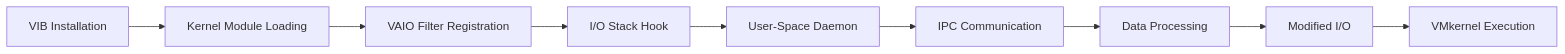
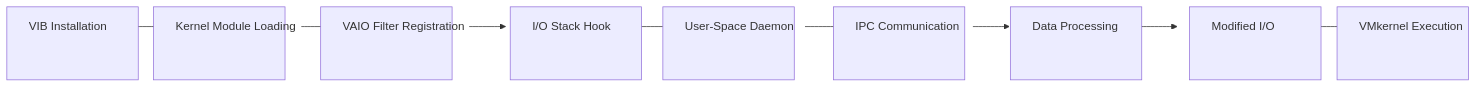
The fourth of 5 diagrams in _posts/2025-10-25-ESXi-Hypervisor-level-Attacks-and-Techniques.md (win64k/win64k.github.io), drawn with Mermaid before and after one commit. The commit also changed other lines of this file, not shown here.

````diff
--- a/_posts/2025-10-25-ESXi-Hypervisor-level-Attacks-and-Techniques.md
+++ b/_posts/2025-10-25-ESXi-Hypervisor-level-Attacks-and-Techniques.md
@@ -150,15 +144,16 @@
 ```mermaid
 flowchart LR
     A["VIB Installation"]
     B["Kernel Module Loading"]
     C["VAIO Filter Registration"]
     D["I/O Stack Hook"]
     E["User-Space Daemon"]
     F["IPC Communication"]
     G["Data Processing"]
     H["Modified I/O"]
     I["VMkernel Execution"]
 
     A --> B --> C --> D --> E --> F --> G --> H --> I
+    classDef default width:180px,height:100px
 
 ```
````
